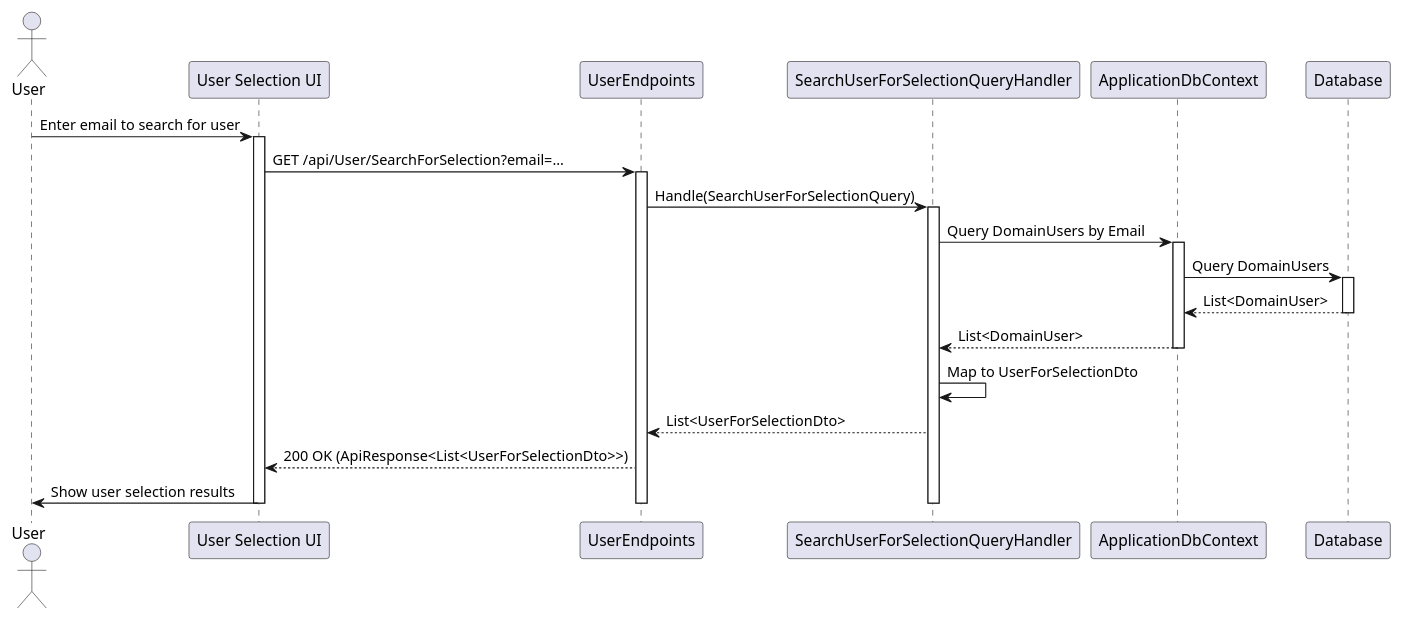
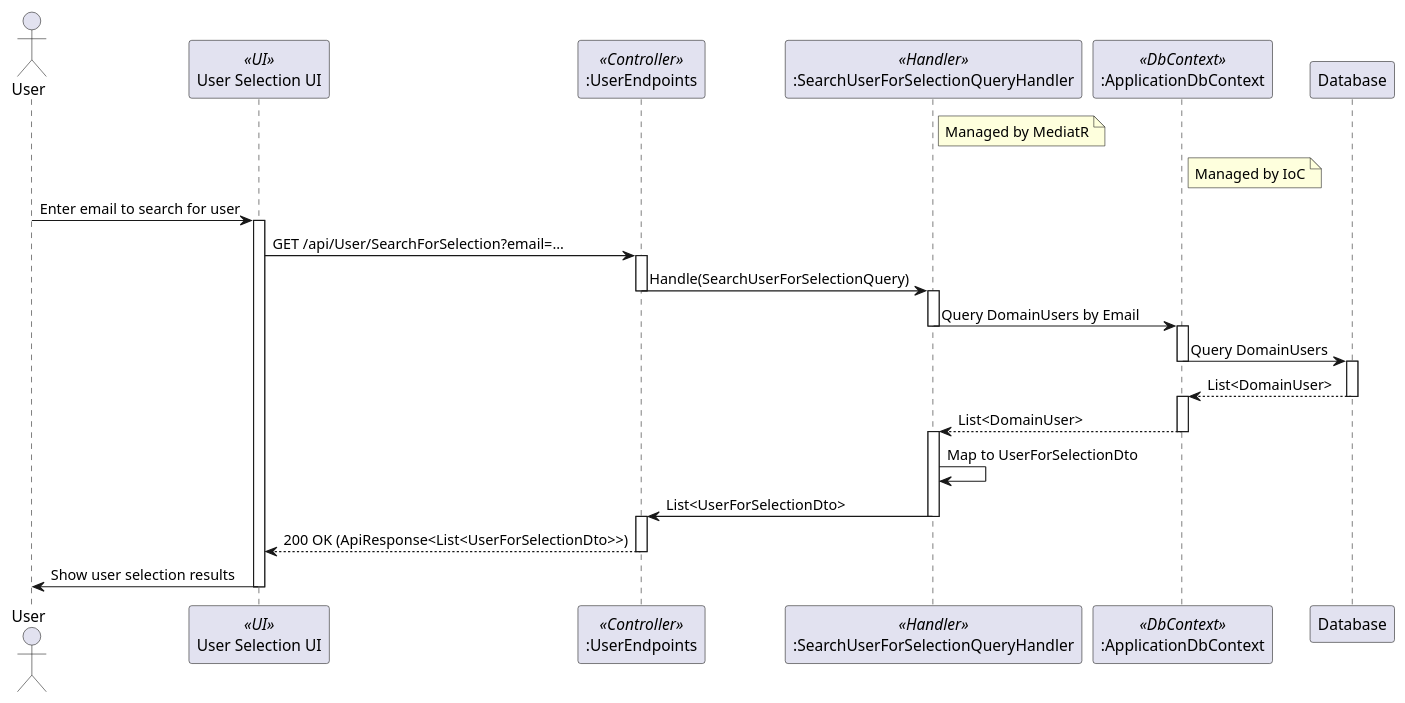
Before and after one commit to thanhkhac/SEP_Diagram: the diagram in Users/Sequence/SearchUserForSelectionQuery.puml, drawn with PlantUML. The commit also changed 23 other files, not shown here.

First line of the commit message:
Enhance sequence diagrams with detailed flow and roles

```diff
--- a/Users/Sequence/SearchUserForSelectionQuery.puml
+++ b/Users/Sequence/SearchUserForSelectionQuery.puml
@@ -1,30 +1,45 @@
 @startuml
 actor User
-participant "User Selection UI" as UI
-participant UserEndpoints
-participant SearchUserForSelectionQueryHandler as Handler
-participant ApplicationDbContext
+participant "User Selection UI" as UI <<UI>>
+participant ":UserEndpoints" as UserEndpoints <<Controller>>
+participant ":SearchUserForSelectionQueryHandler" as SearchUserForSelectionQueryHandler <<Handler>>
+participant ":ApplicationDbContext" as ApplicationDbContext <<DbContext>>
 participant Database
+
+note right of SearchUserForSelectionQueryHandler
+  Managed by MediatR
+end note
+
+note right of ApplicationDbContext
+  Managed by IoC
+end note
 
 User -> UI : Enter email to search for user
 activate UI
 UI -> UserEndpoints : GET /api/User/SearchForSelection?email=...
 activate UserEndpoints
-UserEndpoints -> Handler : Handle(SearchUserForSelectionQuery)
-activate Handler
-Handler -> ApplicationDbContext : Query DomainUsers by Email
+UserEndpoints -> SearchUserForSelectionQueryHandler : Handle(SearchUserForSelectionQuery)
+deactivate UserEndpoints
+activate SearchUserForSelectionQueryHandler
+SearchUserForSelectionQueryHandler -> ApplicationDbContext : Query DomainUsers by Email
+deactivate SearchUserForSelectionQueryHandler
 activate ApplicationDbContext
 ApplicationDbContext -> Database : Query DomainUsers
+deactivate ApplicationDbContext
 activate Database
 Database --> ApplicationDbContext : List<DomainUser>
 deactivate Database
-ApplicationDbContext --> Handler : List<DomainUser>
+activate ApplicationDbContext
+ApplicationDbContext --> SearchUserForSelectionQueryHandler : List<DomainUser>
 deactivate ApplicationDbContext
-Handler -> Handler : Map to UserForSelectionDto
-Handler --> UserEndpoints : List<UserForSelectionDto>
+activate SearchUserForSelectionQueryHandler
+SearchUserForSelectionQueryHandler -> SearchUserForSelectionQueryHandler : Map to UserForSelectionDto
+SearchUserForSelectionQueryHandler -> UserEndpoints : List<UserForSelectionDto>
+deactivate SearchUserForSelectionQueryHandler
+activate UserEndpoints
 UserEndpoints --> UI : 200 OK (ApiResponse<List<UserForSelectionDto>>)
+deactivate UserEndpoints
 UI -> User : Show user selection results
-deactivate Handler
-deactivate UserEndpoints
 deactivate UI
+
 @enduml
```
